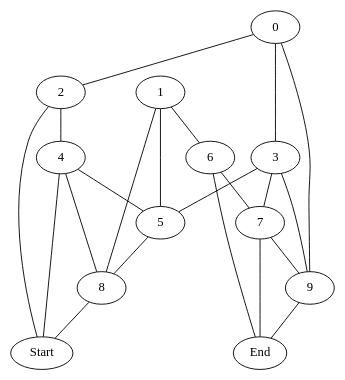
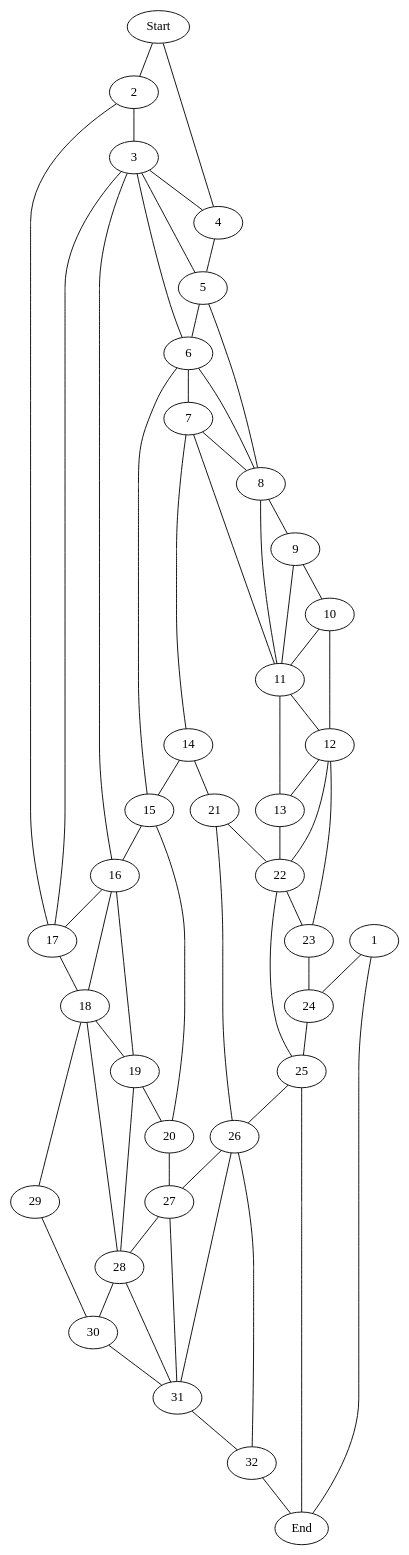
The diagram in out.dot (Narvik09/Shannon-Switching-Game), drawn with Graphviz before and after one commit. The commit also changed 33 other files, not shown here.

```diff
--- a/out.dot
+++ b/out.dot
@@ -1,37 +1,139 @@
 graph "Some Unique Identifier" {
-    0 [pos = "189,90";];
-    1 [pos = "366,370";];
-    2 [pos = "95,154";];
-    3 [pos = "318,157";];
-    4 [pos = "139,306";];
-    5 [pos = "256,305";];
-    6 [pos = "510,309";];
-    7 [pos = "430,167";];
-    8 [pos = "234,424";];
-    9 [pos = "365,491";];
-    End [pos = "553,78";];
-    Start [pos = "33,372";];
+    // Graph - 1
+    // 0 [pos = "189,90";];
+    // 1 [pos = "366,370";];
+    // 2 [pos = "95,154";];
+    // 3 [pos = "318,157";];
+    // 4 [pos = "139,306";];
+    // 5 [pos = "256,305";];
+    // 6 [pos = "510,309";];
+    // 7 [pos = "430,167";];
+    // 8 [pos = "234,424";];
+    // 9 [pos = "365,491";];
+    // End [pos = "553,78";];
+    // Start [pos = "33,372";];
     
-    // 0 -- 1 [key = "special";];
-    0 -- 2 [key = "12";];
-    2 -- 4 [key = "13";];
-    4 -- 5 [key = "14";];
-    1 -- 5 [key = "15";];
-    1 -- 6 [key = "16";];
-    6 -- 7 [key = "17";];
-    3 -- 7 [key = "18";];
-    0 -- 3 [key = "19";];
-    3 -- 5 [key = "20";];
-    0 -- 9 [key = "21";];
-    7 -- 9 [key = "22";];
-    3 -- 9 [key = "23";];
-    1 -- 8 [key = "24";];
-    5 -- 8 [key = "25";];
-    4 -- 8 [key = "26";];
-    6 -- End [key = "27";];
-    9 -- End [key = "28";];
-    7 -- End [key = "29";];
-    4 -- Start [key = "30";];
-    8 -- Start [key = "31";];
-    2 -- Start [key = "32";];
+    // // 0 -- 1 [key = "special";];
+    // 0 -- 2 [key = "12";];
+    // 2 -- 4 [key = "13";];
+    // 4 -- 5 [key = "14";];
+    // 1 -- 5 [key = "15";];
+    // 1 -- 6 [key = "16";];
+    // 6 -- 7 [key = "17";];
+    // 3 -- 7 [key = "18";];
+    // 0 -- 3 [key = "19";];
+    // 3 -- 5 [key = "20";];
+    // 0 -- 9 [key = "21";];
+    // 7 -- 9 [key = "22";];
+    // 3 -- 9 [key = "23";];
+    // 1 -- 8 [key = "24";];
+    // 5 -- 8 [key = "25";];
+    // 4 -- 8 [key = "26";];
+    // 6 -- End [key = "27";];
+    // 9 -- End [key = "28";];
+    // 7 -- End [key = "29";];
+    // 4 -- Start [key = "30";];
+    // 8 -- Start [key = "31";];
+    // 2 -- Start [key = "32";];
+    
+    Start [pos = "39, 449";];
+    1 [pos = "607, 30";];
+    2 [pos = "125, 453";];
+    3 [pos = "137, 362";];
+    4 [pos = "47, 362";];
+    5 [pos = "48, 284";];
+    6 [pos = "148, 281";];
+    7 [pos = "149, 192";];
+    8 [pos = "56, 182";];
+    9 [pos = "56, 98";];
+    10 [pos = "160, 25";];
+    11 [pos = "165, 105";];
+    12 [pos = "240, 25";];
+    13 [pos = "245, 113";];
+    14 [pos = "247, 204";];
+    15 [pos = "247, 294";];
+    16 [pos = "247, 367";];
+    17 [pos = "250, 456";];
+    18 [pos = "355, 457";];
+    19 [pos = "363, 361";];
+    20 [pos = "362, 273";];
+    21 [pos = "362, 190";];
+    22 [pos = "366, 121";];
+    23 [pos = "365, 32";];
+    24 [pos = "480, 32";];
+    25 [pos = "480, 116";];
+    26 [pos = "480, 200";];
+    27 [pos = "480, 272";];
+    28 [pos = "480, 355";];
+    29 [pos = "480, 457";];
+    30 [pos = "606, 356";];
+    31 [pos = "606, 292";];
+    32 [pos = "606, 193";];
+    End [pos = "606, 105";];
+    
+    Start -- 2 [key = "34";];
+    2 -- 17 [key = "35";];
+    17 -- 18 [key = "36";];
+    18 -- 29 [key = "37";];
+    29 -- 30 [key = "38";];
+    28 -- 30 [key = "39";];
+    19 -- 28 [key = "40";];
+    16 -- 19 [key = "41";];
+    3 -- 16 [key = "42";];
+    3 -- 4 [key = "43";];
+    4 -- 5 [key = "44";];
+    5 -- 6 [key = "45";];
+    6 -- 15 [key = "46";];
+    15 -- 20 [key = "47";];
+    20 -- 27 [key = "48";];
+    27 -- 31 [key = "49";];
+    31 -- 32 [key = "50";];
+    26 -- 32 [key = "51";];
+    21 -- 26 [key = "52";];
+    14 -- 21 [key = "53";];
+    7 -- 14 [key = "54";];
+    7 -- 8 [key = "55";];
+    8 -- 9 [key = "56";];
+    9 -- 11 [key = "57";];
+    11 -- 13 [key = "58";];
+    13 -- 22 [key = "59";];
+    22 -- 25 [key = "60";];
+    1 -- End [key = "61";];
+    1 -- 24 [key = "62";];
+    23 -- 24 [key = "63";];
+    12 -- 23 [key = "64";];
+    10 -- 12 [key = "65";];
+    9 -- 10 [key = "66";];
+    Start -- 4 [key = "67";];
+    2 -- 3 [key = "68";];
+    16 -- 17 [key = "69";];
+    18 -- 19 [key = "70";];
+    30 -- 31 [key = "71";];
+    32 -- End [key = "72";];
+    25 -- 26 [key = "73";];
+    26 -- 27 [key = "74";];
+    27 -- 28 [key = "75";];
+    19 -- 20 [key = "76";];
+    21 -- 22 [key = "77";];
+    22 -- 23 [key = "78";];
+    24 -- 25 [key = "79";];
+    12 -- 13 [key = "80";];
+    14 -- 15 [key = "81";];
+    15 -- 16 [key = "82";];
+    3 -- 6 [key = "83";];
+    6 -- 7 [key = "84";];
+    7 -- 11 [key = "85";];
+    10 -- 11 [key = "86";];
+    5 -- 8 [key = "87";];
+    8 -- 11 [key = "89";];
+    11 -- 12 [key = "90";];
+    18 -- 28 [key = "91";];
+    28 -- 31 [key = "92";];
+    12 -- 22 [key = "93";];
+    16 -- 18 [key = "94";];
+    26 -- 31 [key = "95";];
+    3 -- 17 [key = "96";];
+    3 -- 5 [key = "97";];
+    25 -- End [key = "98";];
+    6 -- 8 [key = "99";];
 }
```
